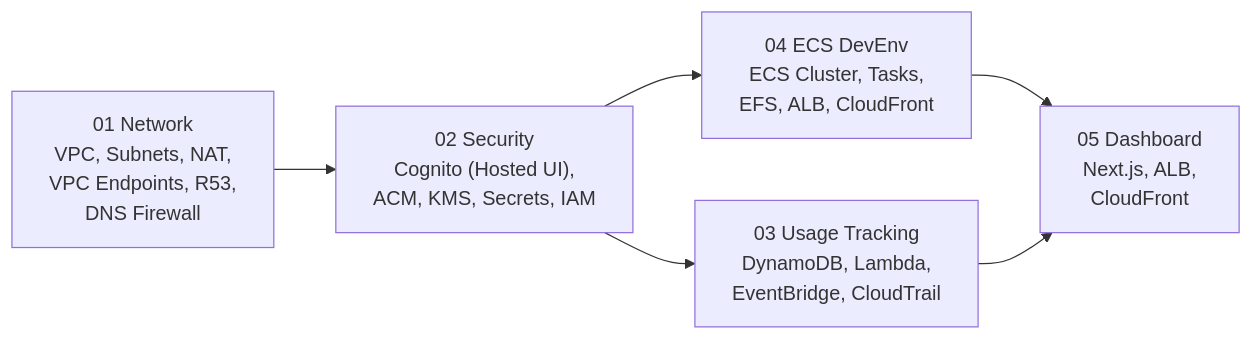
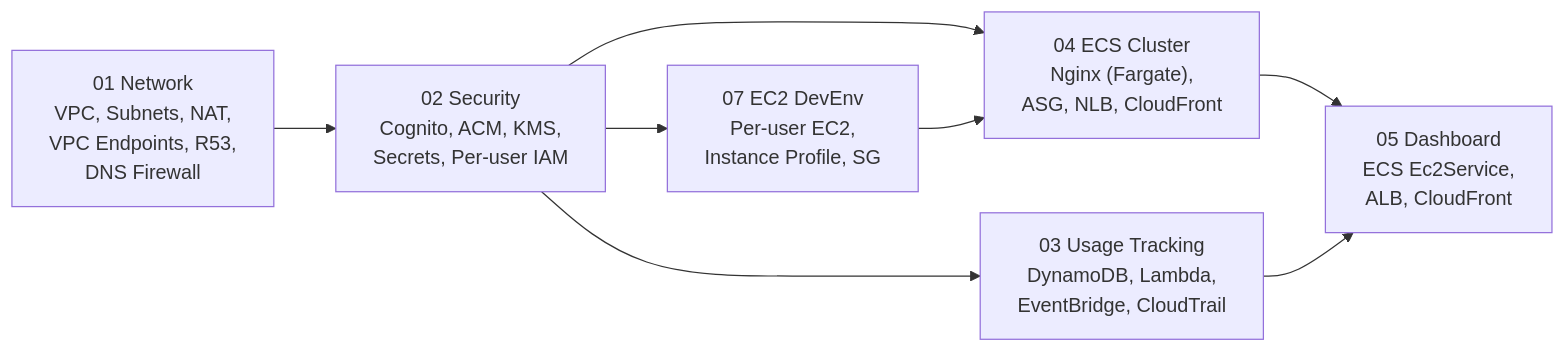
One commit to Atom-oh/cc-on-bedrock changed the second of 7 diagrams in docs/architecture.md. Above: the diagram before and after it, drawn with Mermaid. The commit also changed other lines of this file and 99 other files, not shown here.

````diff
--- a/docs/architecture.md
+++ b/docs/architecture.md
@@ -131,8 +142,10 @@
 ```mermaid
 graph LR
-    S1["01 Network<br/>VPC, Subnets, NAT,<br/>VPC Endpoints, R53,<br/>DNS Firewall"] --> S2["02 Security<br/>Cognito (Hosted UI),<br/>ACM, KMS, Secrets, IAM"]
+    S1["01 Network<br/>VPC, Subnets, NAT,<br/>VPC Endpoints, R53,<br/>DNS Firewall"] --> S2["02 Security<br/>Cognito, ACM, KMS,<br/>Secrets, Per-user IAM"]
     S2 --> S3["03 Usage Tracking<br/>DynamoDB, Lambda,<br/>EventBridge, CloudTrail"]
-    S2 --> S4["04 ECS DevEnv<br/>ECS Cluster, Tasks,<br/>EFS, ALB, CloudFront"]
-    S4 --> S5["05 Dashboard<br/>Next.js, ALB,<br/>CloudFront"]
+    S2 --> S4["04 ECS Cluster<br/>Nginx (Fargate),<br/>ASG, NLB, CloudFront"]
+    S2 --> S7["07 EC2 DevEnv<br/>Per-user EC2,<br/>Instance Profile, SG"]
+    S4 --> S5["05 Dashboard<br/>ECS Ec2Service,<br/>ALB, CloudFront"]
     S3 --> S5
+    S7 --> S4
 ```
````
